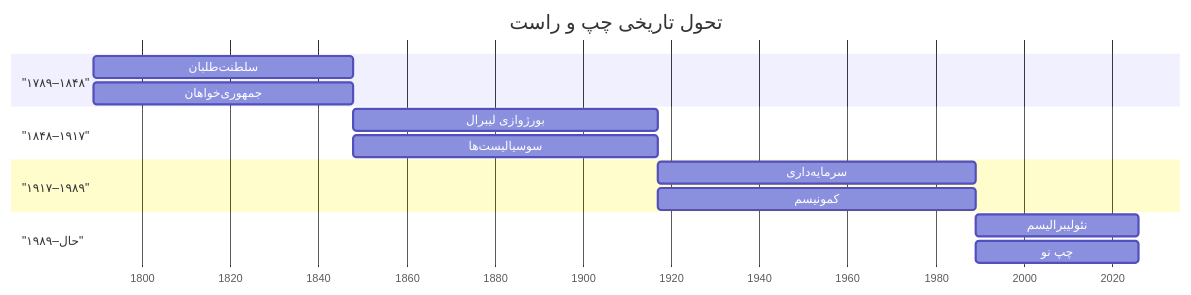
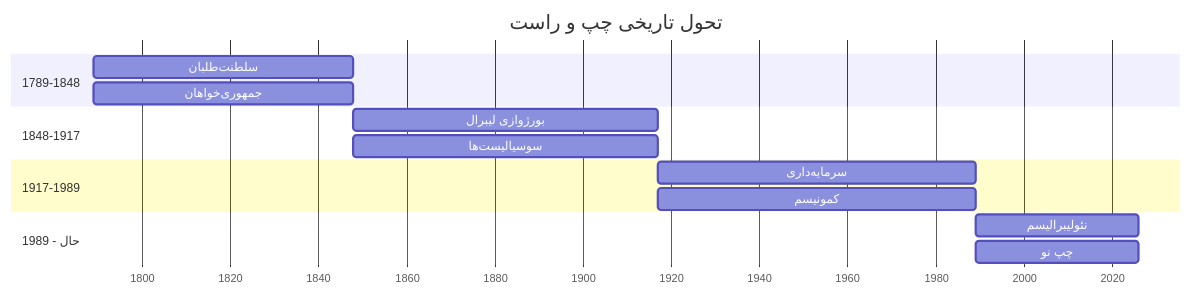
The first of 25 diagrams in src/content/articles/fa/راست یا چپ در این میانه کجاست.mdx (mahhdy/MahdiSalem.com), drawn with Mermaid before and after one commit. The commit also changed other lines of this file and 11 other files, not shown here.

````diff
--- a/src/content/articles/fa/راست یا چپ در این میانه کجاست.mdx
+++ b/src/content/articles/fa/راست یا چپ در این میانه کجاست.mdx
@@ -171,22 +172,22 @@
 ```mermaid
 gantt
     title تحول تاریخی چپ و راست
     dateFormat YYYY
     axisFormat %Y
     
-    section "۱۷۸۹–۱۸۴۸"
+    section 1789-1848
     سلطنت‌طلبان :1789, 59y
     جمهوری‌خواهان :1789, 59y
     
-    section "۱۸۴۸–۱۹۱۷" 
+    section  1848-1917
     بورژوازی لیبرال :1848, 69y
     سوسیالیست‌ها :1848, 69y
     
-    section "۱۹۱۷–۱۹۸۹"
+    section 1917-1989
     سرمایه‌داری :1917, 72y
     کمونیسم :1917, 72y
     
-    section "۱۹۸۹–حال"
+    section 1989 - حال
     نئولیبرالیسم :1989, 37y
     چپ نو :1989, 37y
 ```
````
